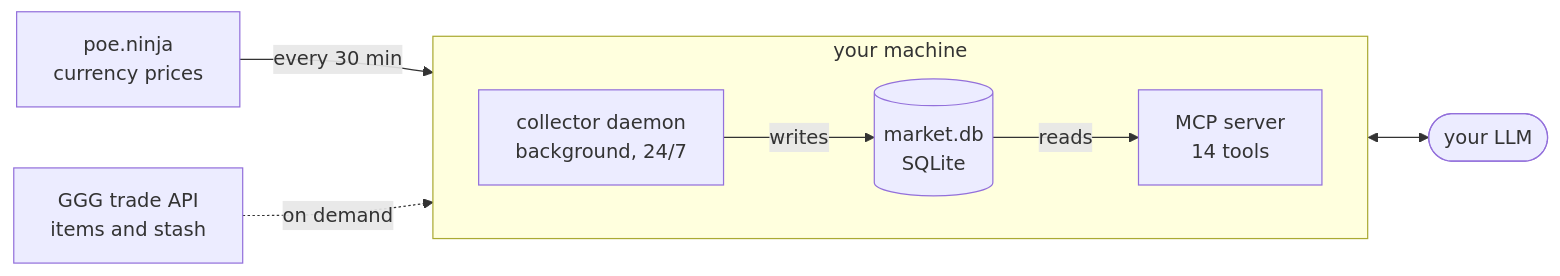
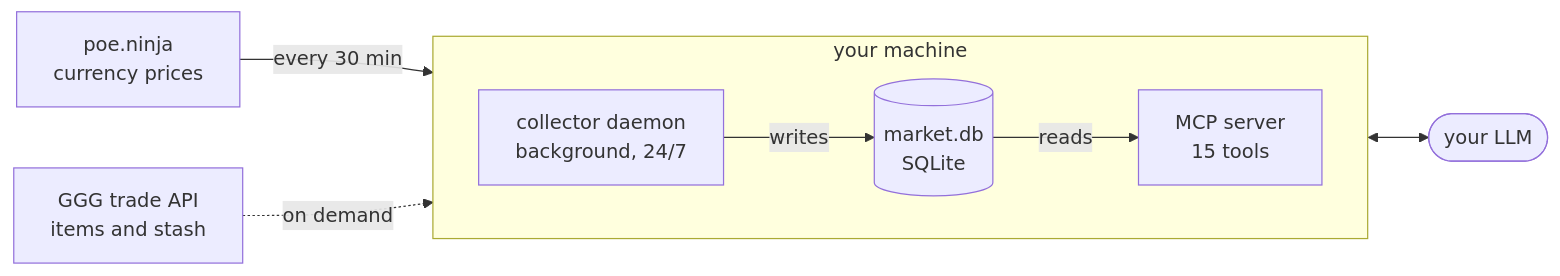
The diagram in README.md (GlacianNex/POE2MarketMCP), drawn with Mermaid before and after one commit. The commit also changed other lines of this file and 4 other files, not shown here.

````diff
--- a/README.md
+++ b/README.md
@@ -12,20 +12,20 @@
 ```mermaid
 flowchart LR
     NINJA["poe.ninja<br/>currency prices"]
     GGG["GGG trade API<br/>items and stash"]
 
     subgraph local["your machine"]
         direction LR
         COL["collector daemon<br/>background, 24/7"]
         DB[("market.db<br/>SQLite")]
-        MCP["MCP server<br/>14 tools"]
+        MCP["MCP server<br/>15 tools"]
         COL -->|writes| DB
         DB -->|reads| MCP
     end
 
     LLM(["your LLM"])
 
     NINJA -->|every 30 min| COL
     GGG -.->|on demand| MCP
     MCP <--> LLM
 ```
````
